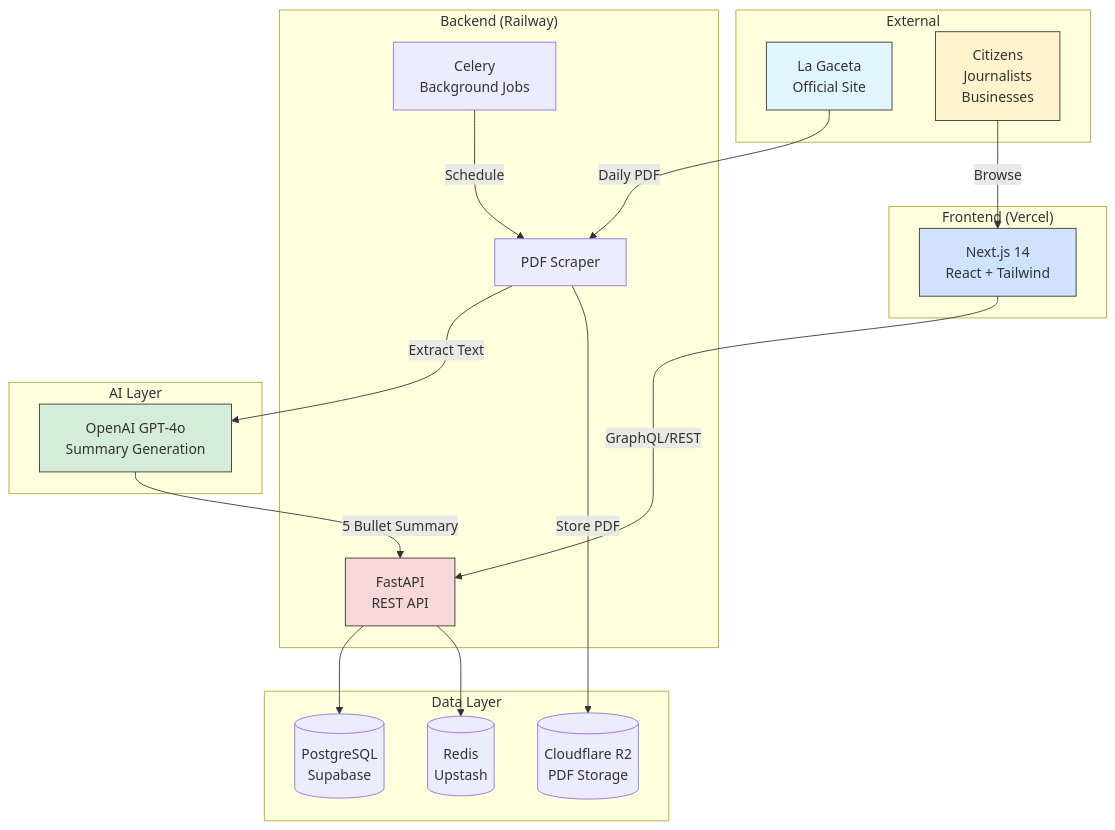
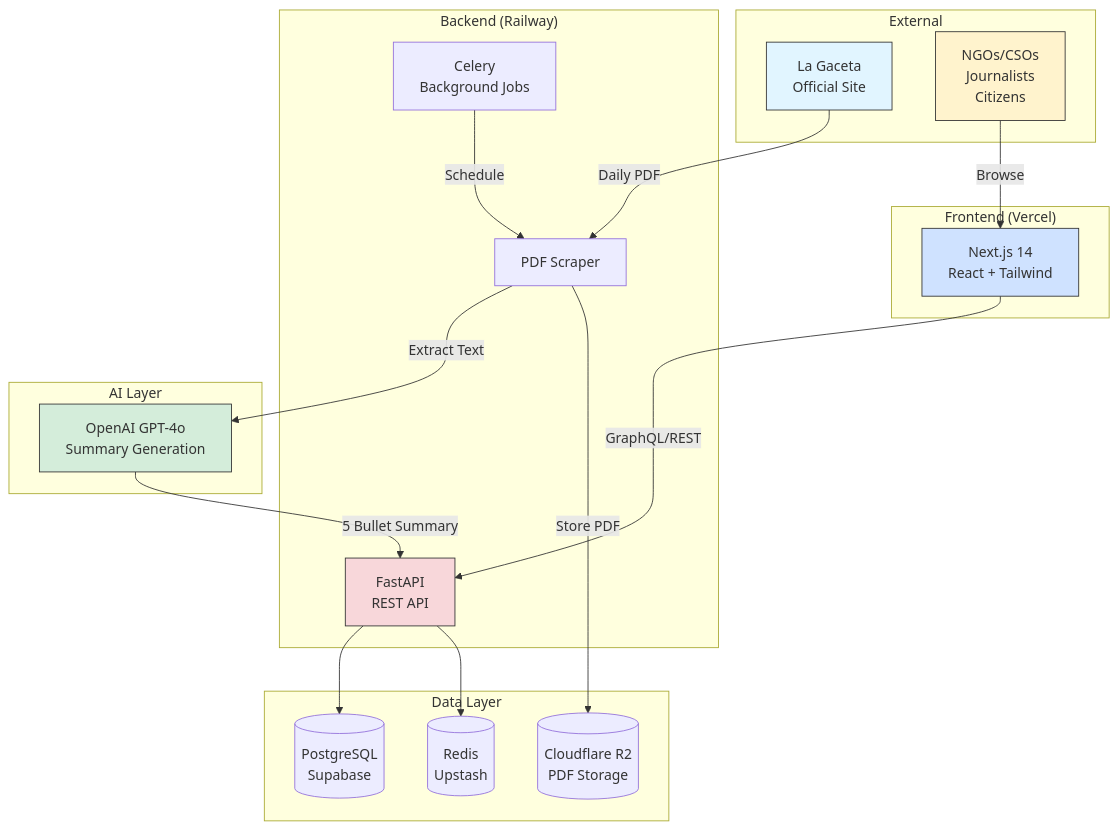
Before and after one commit to GSejas/gacetachat: the second of 4 diagrams in README.md, drawn with Mermaid. The commit also changed other lines of this file and 3 other files, not shown here.

````diff
--- a/README.md
+++ b/README.md
@@ -118,43 +123,43 @@
 ```mermaid
 flowchart TB
     subgraph External
         LG[La Gaceta<br/>Official Site]
-        Users[Citizens<br/>Journalists<br/>Businesses]
+        Users[NGOs/CSOs<br/>Journalists<br/>Citizens]
     end
 
     subgraph Frontend["Frontend (Vercel)"]
         Next[Next.js 14<br/>React + Tailwind]
     end
 
     subgraph Backend["Backend (Railway)"]
         API[FastAPI<br/>REST API]
         Celery[Celery<br/>Background Jobs]
         Scraper[PDF Scraper]
     end
 
     subgraph Data["Data Layer"]
         PG[(PostgreSQL<br/>Supabase)]
         Redis[(Redis<br/>Upstash)]
         R2[(Cloudflare R2<br/>PDF Storage)]
     end
 
     subgraph AI["AI Layer"]
         GPT[OpenAI GPT-4o<br/>Summary Generation]
     end
 
     LG -->|Daily PDF| Scraper
     Scraper -->|Extract Text| GPT
     GPT -->|5 Bullet Summary| API
     API --> PG
     API --> Redis
     Scraper -->|Store PDF| R2
     Next -->|GraphQL/REST| API
     Users -->|Browse| Next
     Celery -->|Schedule| Scraper
 
     style LG fill:#e1f5ff,stroke:#333
     style GPT fill:#d4edda,stroke:#333
     style Users fill:#fff3cd,stroke:#333
     style Next fill:#cfe2ff,stroke:#333
     style API fill:#f8d7da,stroke:#333
 ```
````
